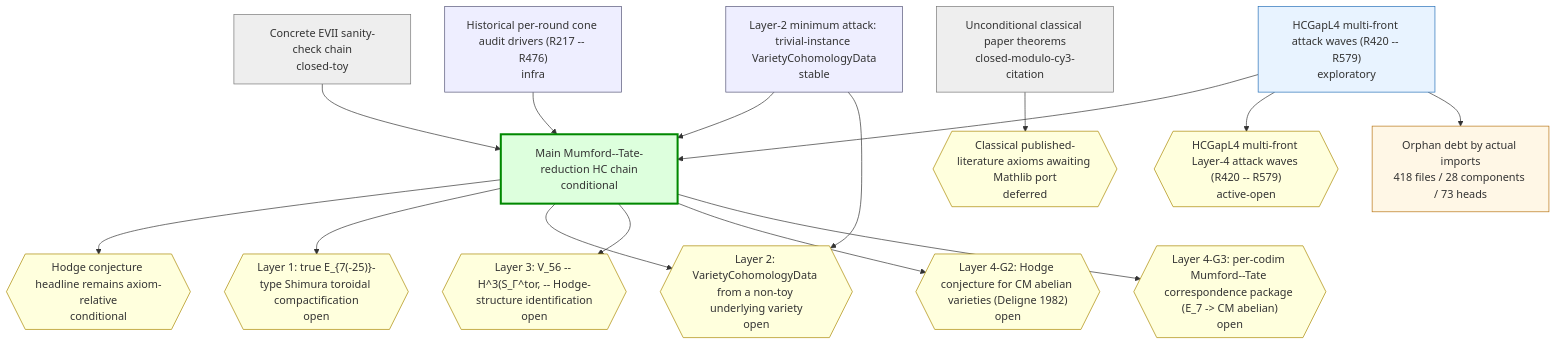
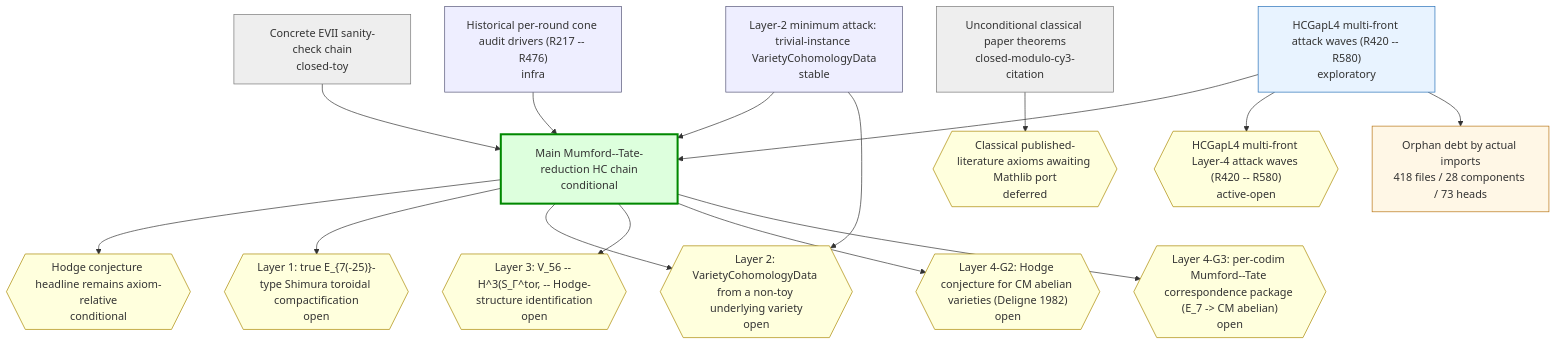
The first of 2 diagrams in chain-status/research-map.md (crabsatellite/hodge-conjecture-lean4-formalization), drawn with Mermaid before and after one commit. The commit also changed other lines of this file and 7 other files, not shown here.

````diff
--- a/chain-status/research-map.md
+++ b/chain-status/research-map.md
@@ -45,44 +45,44 @@
 ```mermaid
 graph TD
   classDef main fill:#dfd,stroke:#080,stroke-width:3px
   classDef active fill:#e8f3ff,stroke:#2670b8
   classDef support fill:#eef,stroke:#557
   classDef closed fill:#eee,stroke:#777
   classDef dead fill:#fdd,stroke:#a00,stroke-width:2px
   classDef gapOpen fill:#ffd,stroke:#a80
   classDef gapClosed fill:#eee,stroke:#777
   classDef gapDead fill:#fdd,stroke:#a00
   classDef debt fill:#fff7e6,stroke:#b87514
   classDef debtTaxonomy fill:#e8f3ff,stroke:#2670b8,stroke-dasharray:3 3
   classDef debtRule fill:#eefbea,stroke:#398439,stroke-dasharray:3 3
   classDef debtDead fill:#fdd,stroke:#a00,stroke-dasharray:3 3
   chain_main_hc_axiom_relative["Main Mumford--Tate-reduction HC chain\nconditional"]:::main
   chain_unconditional_classical["Unconditional classical paper theorems\nclosed-modulo-cy3-citation"]:::closed
   chain_hcgap_l2_trivial_instances["Layer-2 minimum attack: trivial-instance VarietyCohomologyData\nstable"]:::support
-  chain_hcgap_l4_multifront_active["HCGapL4 multi-front attack waves (R420 -- R579)\nexploratory"]:::active
+  chain_hcgap_l4_multifront_active["HCGapL4 multi-front attack waves (R420 -- R580)\nexploratory"]:::active
   chain_concrete_evii_toy["Concrete EVII sanity-check chain\nclosed-toy"]:::closed
   chain_historical_cone_audits["Historical per-round cone audit drivers (R217 -- R476)\ninfra"]:::support
   gap_G_main_hc{{"Hodge conjecture headline remains axiom-relative\nconditional"}}:::gapOpen
   gap_G_l1_e7_shimura_tor{{"Layer 1: true E_{7(-25)}-type Shimura toroidal compactification\nopen"}}:::gapOpen
   gap_G_l2_cohomology_construction{{"Layer 2: VarietyCohomologyData from a non-toy underlying variety\nopen"}}:::gapOpen
   gap_G_l3_v56_mt_identification{{"Layer 3: V_56 -- H^3(S_Γ^tor, -- Hodge-structure identification\nopen"}}:::gapOpen
   gap_G_l4_cm_abelian_hc{{"Layer 4-G2: Hodge conjecture for CM abelian varieties (Deligne 1982)\nopen"}}:::gapOpen
   gap_G_l4_mt_correspondence{{"Layer 4-G3: per-codim Mumford--Tate correspondence package (E_7 -> CM abelian)\nopen"}}:::gapOpen
   gap_G_classical_mathlib_port{{"Classical published-literature axioms awaiting Mathlib port\ndeferred"}}:::gapOpen
-  gap_G_hcgap_l4_multifront{{"HCGapL4 multi-front Layer-4 attack waves (R420 -- R579)\nactive-open"}}:::gapOpen
+  gap_G_hcgap_l4_multifront{{"HCGapL4 multi-front Layer-4 attack waves (R420 -- R580)\nactive-open"}}:::gapOpen
   chain_main_hc_axiom_relative --> gap_G_main_hc
   chain_main_hc_axiom_relative --> gap_G_l1_e7_shimura_tor
   chain_main_hc_axiom_relative --> gap_G_l2_cohomology_construction
   chain_main_hc_axiom_relative --> gap_G_l3_v56_mt_identification
   chain_main_hc_axiom_relative --> gap_G_l4_cm_abelian_hc
   chain_main_hc_axiom_relative --> gap_G_l4_mt_correspondence
   chain_unconditional_classical --> gap_G_classical_mathlib_port
   chain_hcgap_l2_trivial_instances --> chain_main_hc_axiom_relative
   chain_hcgap_l2_trivial_instances --> gap_G_l2_cohomology_construction
   chain_hcgap_l4_multifront_active --> chain_main_hc_axiom_relative
   chain_hcgap_l4_multifront_active --> gap_G_hcgap_l4_multifront
   chain_concrete_evii_toy --> chain_main_hc_axiom_relative
   chain_historical_cone_audits --> chain_main_hc_axiom_relative
   debt_all["Orphan debt by actual imports\n418 files / 28 components / 73 heads"]:::debt
   chain_hcgap_l4_multifront_active --> debt_all
 ```
````
